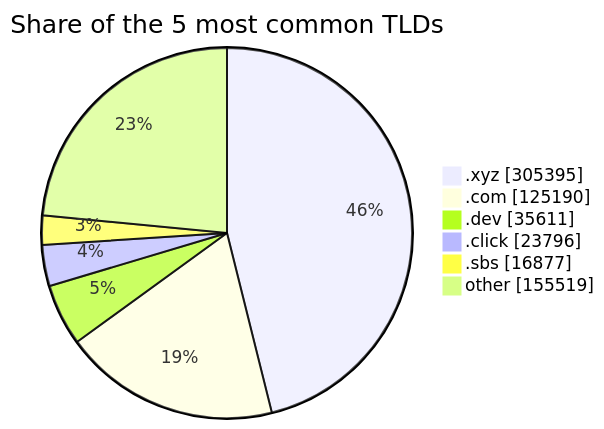
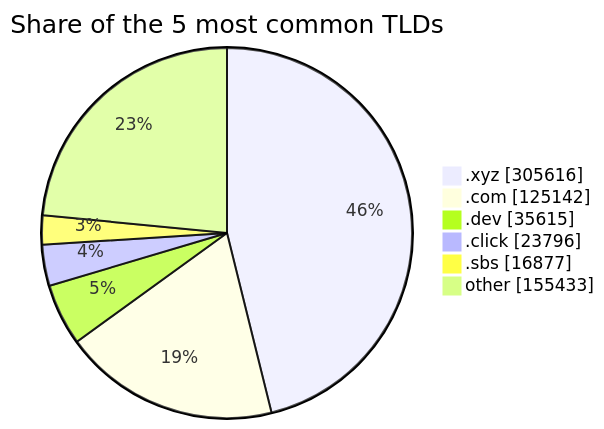
Before and after one commit to DNSBunker/CTI: the third of 3 diagrams in README.md, drawn with Mermaid. The commit also changed other lines of this file and 3 other files, not shown here.

````diff
--- a/README.md
+++ b/README.md
@@ -81,9 +81,9 @@
 ```mermaid
 pie showData title Share of the 5 most common TLDs
-    ".xyz" : 305395
-    ".com" : 125190
-    ".dev" : 35611
+    ".xyz" : 305616
+    ".com" : 125142
+    ".dev" : 35615
     ".click" : 23796
     ".sbs" : 16877
-    "other" : 155519
+    "other" : 155433
 ```
````
